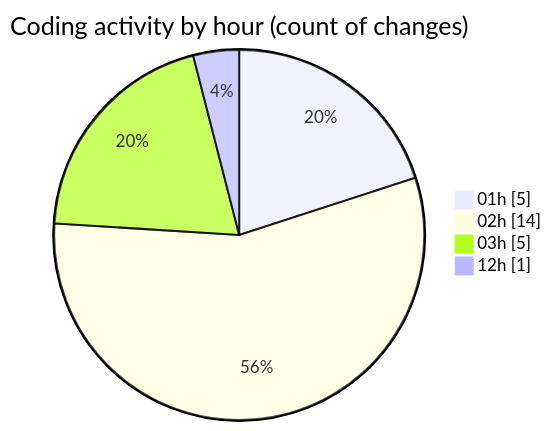
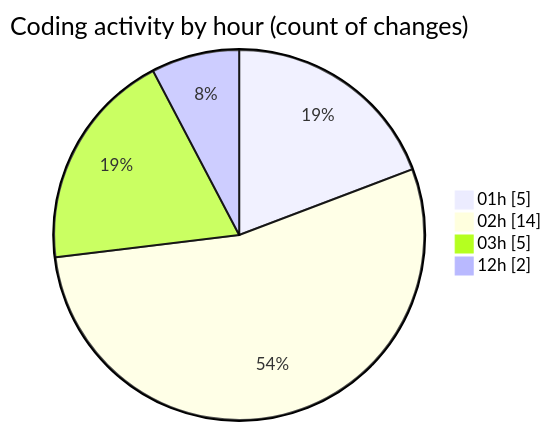
Before and after one commit to julien-gomy/code-tracking: the second of 2 diagrams in 2025-10-23/eventscop-frontend-guide__workspace_/README.md, drawn with Mermaid. The commit also changed other lines of this file and 1 other file, not shown here.

````diff
--- a/2025-10-23/eventscop-frontend-guide__workspace_/README.md
+++ b/2025-10-23/eventscop-frontend-guide__workspace_/README.md
@@ -38,8 +39,8 @@
 ```mermaid
 pie showData
 title Coding activity by hour (count of changes)
 "01h" : 5
 "02h" : 14
 "03h" : 5
-"12h" : 1
+"12h" : 2
 ```
````
